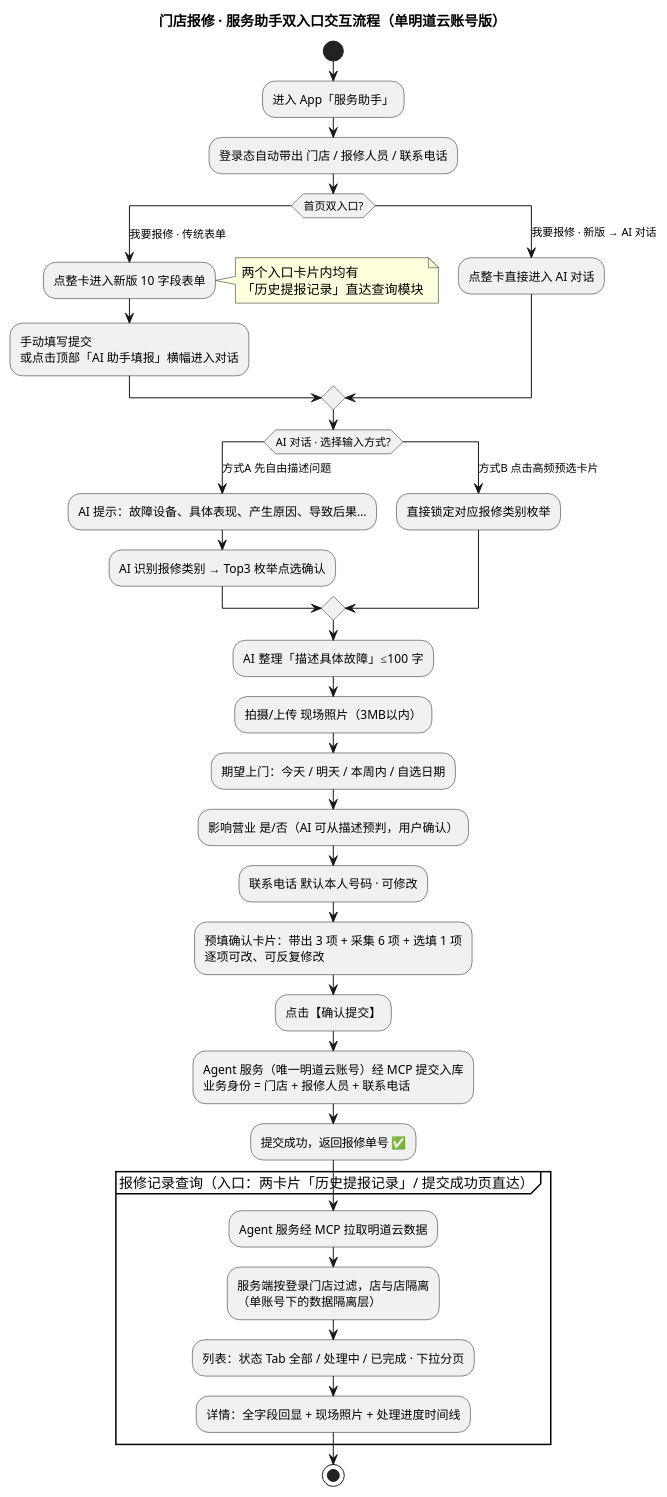
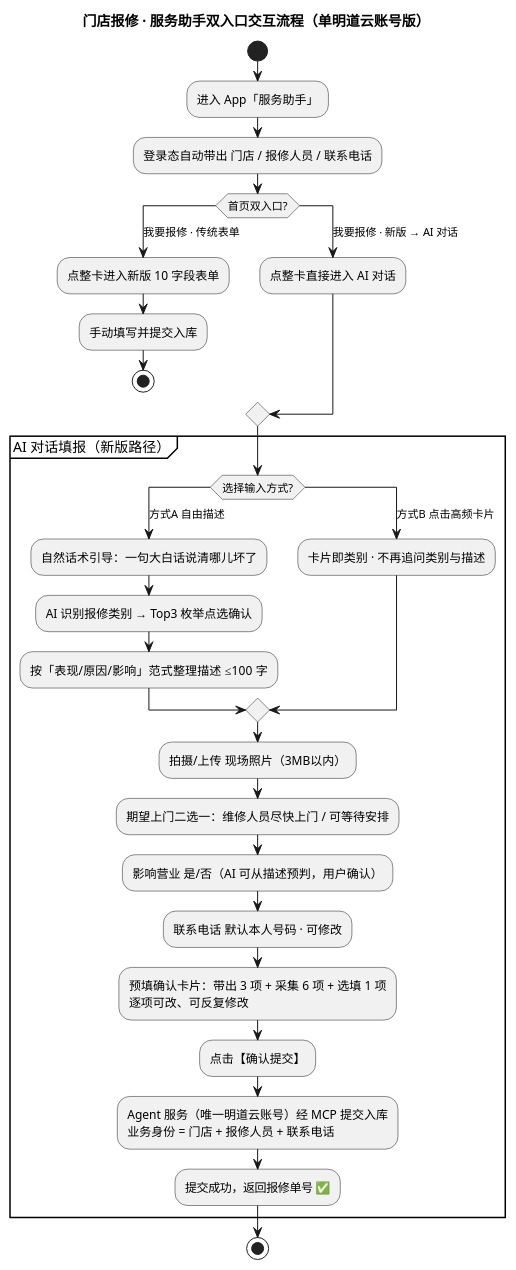
One commit to bai876939716/my_doc changed the diagram in src/main/hotmaxx/需求点/输入优化/prd/final2/产品交互流程图.puml. Above: the diagram before and after it, drawn with PlantUML. The commit also changed 2 other files, not shown here.

```diff
--- a/src/main/hotmaxx/需求点/输入优化/prd/final2/产品交互流程图.puml
+++ b/src/main/hotmaxx/需求点/输入优化/prd/final2/产品交互流程图.puml
@@ -1,48 +1,38 @@
 @startuml 产品交互流程图
 title 门店报修 · 服务助手双入口交互流程（单明道云账号版）
 
 start
 :进入 App「服务助手」;
 :登录态自动带出 门店 / 报修人员 / 联系电话;
 
 switch (首页双入口?)
 case (我要报修 · 传统表单)
   :点整卡进入新版 10 字段表单;
-  note right
-    两个入口卡片内均有
-    「历史提报记录」直达查询模块
-  end note
-  :手动填写提交
-  或点击顶部「AI 助手填报」横幅进入对话;
+  :手动填写并提交入库;
+  stop
 case (我要报修 · 新版 → AI 对话)
   :点整卡直接进入 AI 对话;
 endswitch
 
-switch (AI 对话 · 选择输入方式?)
-case (方式A 先自由描述问题)
-  :AI 提示：故障设备、具体表现、产生原因、导致后果…;
-  :AI 识别报修类别 → Top3 枚举点选确认;
-case (方式B 点击高频预选卡片)
-  :直接锁定对应报修类别枚举;
-endswitch
-  :AI 整理「描述具体故障」≤100 字;
+partition "AI 对话填报（新版路径）" {
+  switch (选择输入方式?)
+  case (方式A 自由描述)
+    :自然话术引导：一句大白话说清哪儿坏了;
+    :AI 识别报修类别 → Top3 枚举点选确认;
+    :按「表现/原因/影响」范式整理描述 ≤100 字;
+  case (方式B 点击高频卡片)
+    :卡片即类别 · 不再追问类别与描述;
+  endswitch
   :拍摄/上传 现场照片（3MB以内）;
-  :期望上门：今天 / 明天 / 本周内 / 自选日期;
+  :期望上门二选一：维修人员尽快上门 / 可等待安排;
   :影响营业 是/否（AI 可从描述预判，用户确认）;
   :联系电话 默认本人号码 · 可修改;
   :预填确认卡片：带出 3 项 + 采集 6 项 + 选填 1 项
   逐项可改、可反复修改;
   :点击【确认提交】;
   :Agent 服务（唯一明道云账号）经 MCP 提交入库
   业务身份 = 门店 + 报修人员 + 联系电话;
   :提交成功，返回报修单号 ✅;
-
-partition "报修记录查询（入口：两卡片「历史提报记录」/ 提交成功页直达）" {
-  :Agent 服务经 MCP 拉取明道云数据;
-  :服务端按登录门店过滤，店与店隔离
-  （单账号下的数据隔离层）;
-  :列表：状态 Tab 全部 / 处理中 / 已完成 · 下拉分页;
-  :详情：全字段回显 + 现场照片 + 处理进度时间线;
 }
 stop
 @enduml
```
